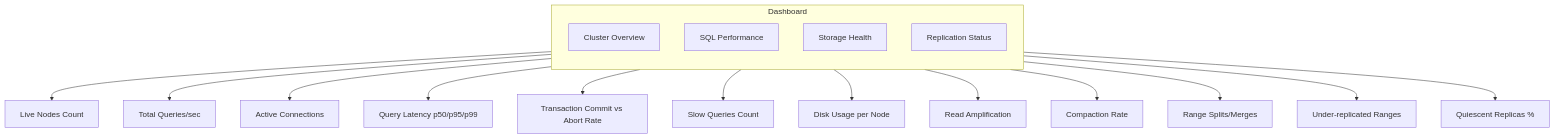
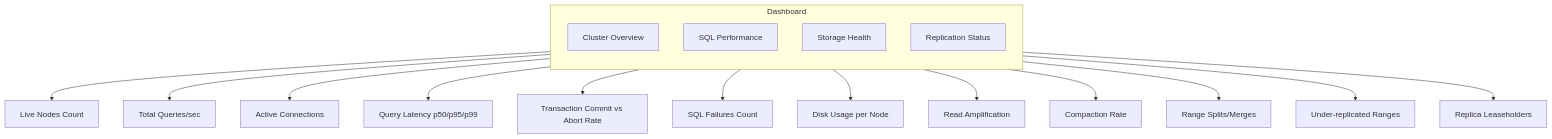
The second of 2 diagrams in posts/2026-02-06-monitor-cockroachdb-opentelemetry/README.md (OneUptime/blog), drawn with Mermaid before and after one commit. The commit also changed other lines of this file and 2 other files, not shown here.

````diff
--- a/posts/2026-02-06-monitor-cockroachdb-opentelemetry/README.md
+++ b/posts/2026-02-06-monitor-cockroachdb-opentelemetry/README.md
@@ -331,26 +309,26 @@
 ```mermaid
 flowchart TD
     subgraph Dashboard
         direction TB
         A[Cluster Overview]
         B[SQL Performance]
         C[Storage Health]
         D[Replication Status]
     end
 
     A --> A1[Live Nodes Count]
     A --> A2[Total Queries/sec]
     A --> A3[Active Connections]
 
     B --> B1[Query Latency p50/p95/p99]
     B --> B2[Transaction Commit vs Abort Rate]
-    B --> B3[Slow Queries Count]
+    B --> B3[SQL Failures Count]
 
     C --> C1[Disk Usage per Node]
     C --> C2[Read Amplification]
     C --> C3[Compaction Rate]
 
     D --> D1[Range Splits/Merges]
     D --> D2[Under-replicated Ranges]
-    D --> D3[Quiescent Replicas %]
+    D --> D3[Replica Leaseholders]
 ```
````
